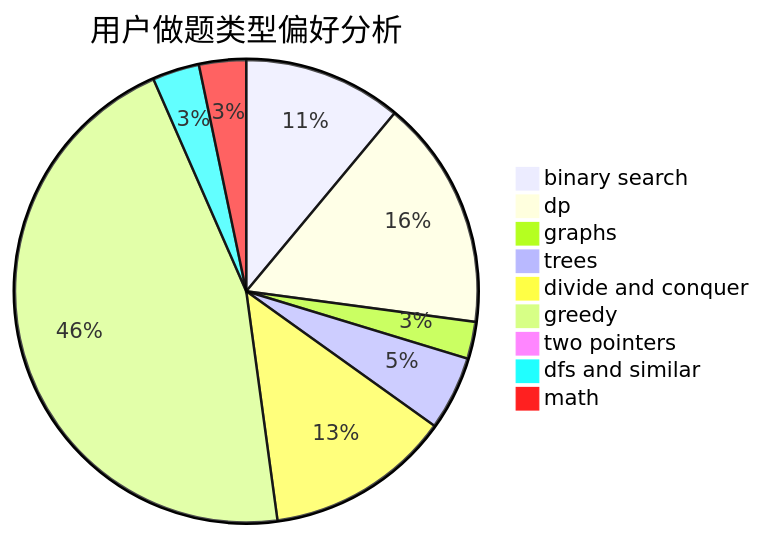
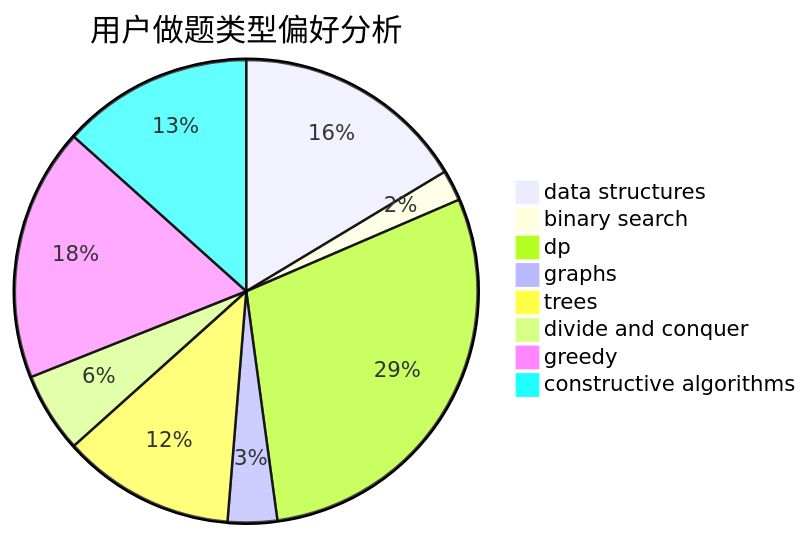
Before and after one commit to sherpahu/cfrs.github.io: the second of 3 diagrams in docs/user/u1416.md, drawn with Mermaid. The commit also changed other lines of this file and 2775 other files, not shown here.

````diff
--- a/docs/user/u1416.md
+++ b/docs/user/u1416.md
@@ -23,12 +23,11 @@
 ```mermaid
 pie title 用户做题类型偏好分析
-    "binary search" :  64
-    "dp" :  93
-    "graphs" :  15
-    "trees" :  30
-    "divide and conquer" :  75
-    "greedy" :  264
-    "two pointers" :  0
-    "dfs and similar" :  19
-    "math" :  19
+    "data structures" :  38
+    "binary search" :  5
+    "dp" :  68
+    "graphs" :  8
+    "trees" :  28
+    "divide and conquer" :  13
+    "greedy" :  41
+    "constructive algorithms" :  31
 ```
````
